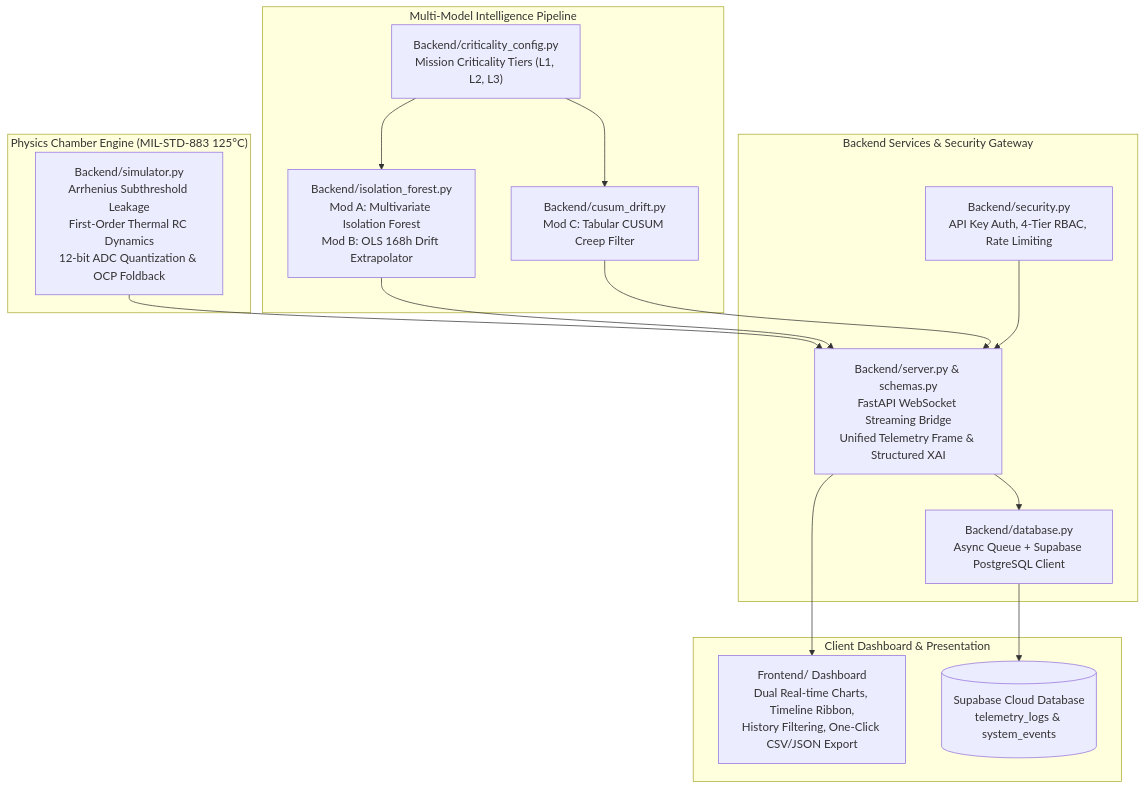
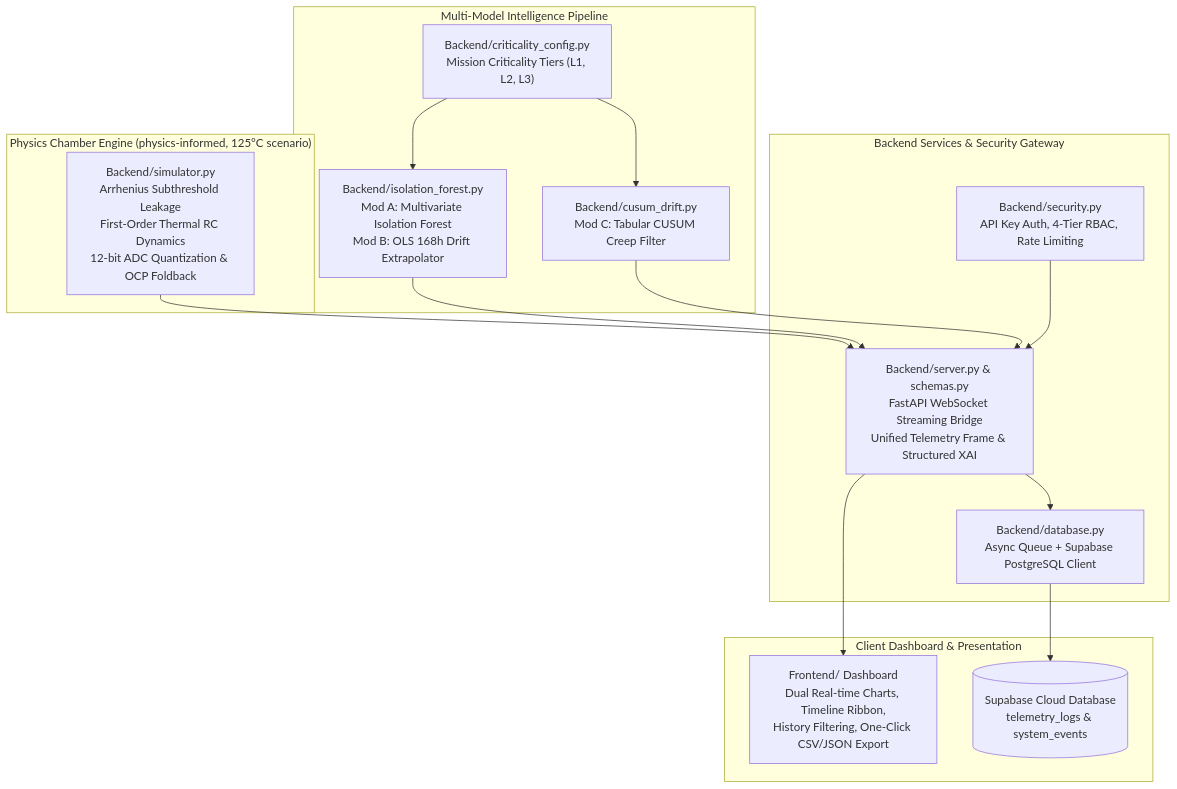
Before and after one commit to Devvrat-Kandpal/SIH-Team-Horizon-Unbound: the diagram in My_Compilation/README.md, drawn with Mermaid. The commit also changed other lines of this file and 45 other files, not shown here.

````diff
--- a/My_Compilation/README.md
+++ b/My_Compilation/README.md
@@ -29,33 +29,33 @@
 ```mermaid
 graph TD
-    subgraph "Physics Chamber Engine (MIL-STD-883 125°C)"
+    subgraph "Physics Chamber Engine (physics-informed, 125°C scenario)"
         A["Backend/simulator.py<br/>Arrhenius Subthreshold Leakage<br/>First-Order Thermal RC Dynamics<br/>12-bit ADC Quantization & OCP Foldback"]
     end
 
     subgraph "Multi-Model Intelligence Pipeline"
         B["Backend/isolation_forest.py<br/>Mod A: Multivariate Isolation Forest<br/>Mod B: OLS 168h Drift Extrapolator"]
         C["Backend/cusum_drift.py<br/>Mod C: Tabular CUSUM Creep Filter"]
         D["Backend/criticality_config.py<br/>Mission Criticality Tiers (L1, L2, L3)"]
     end
 
     subgraph "Backend Services & Security Gateway"
         E["Backend/server.py & schemas.py<br/>FastAPI WebSocket Streaming Bridge<br/>Unified Telemetry Frame & Structured XAI"]
         F["Backend/security.py<br/>API Key Auth, 4-Tier RBAC, Rate Limiting"]
         G["Backend/database.py<br/>Async Queue + Supabase PostgreSQL Client"]
     end
 
     subgraph "Client Dashboard & Presentation"
         H["Frontend/ Dashboard<br/>Dual Real-time Charts, Timeline Ribbon,<br/>History Filtering, One-Click CSV/JSON Export"]
         I[("Supabase Cloud Database<br/>telemetry_logs & system_events")]
     end
 
     A --> E
     B --> E
     C --> E
     D --> B
     D --> C
     F --> E
     E --> H
     E --> G
     G --> I
 ```
````
